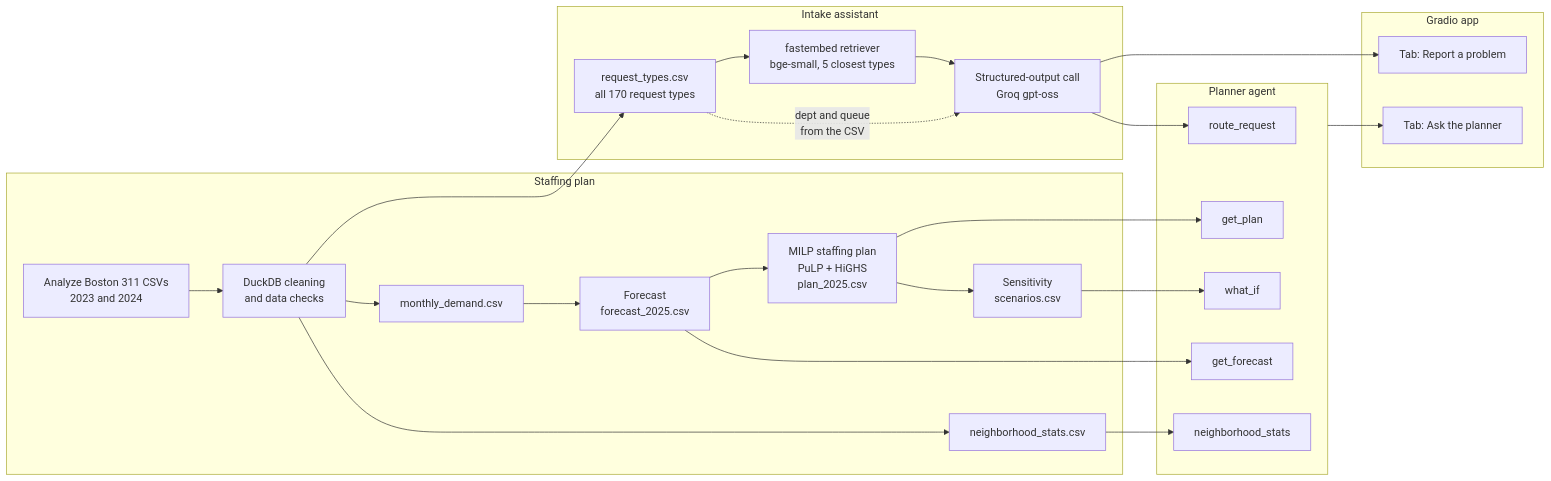
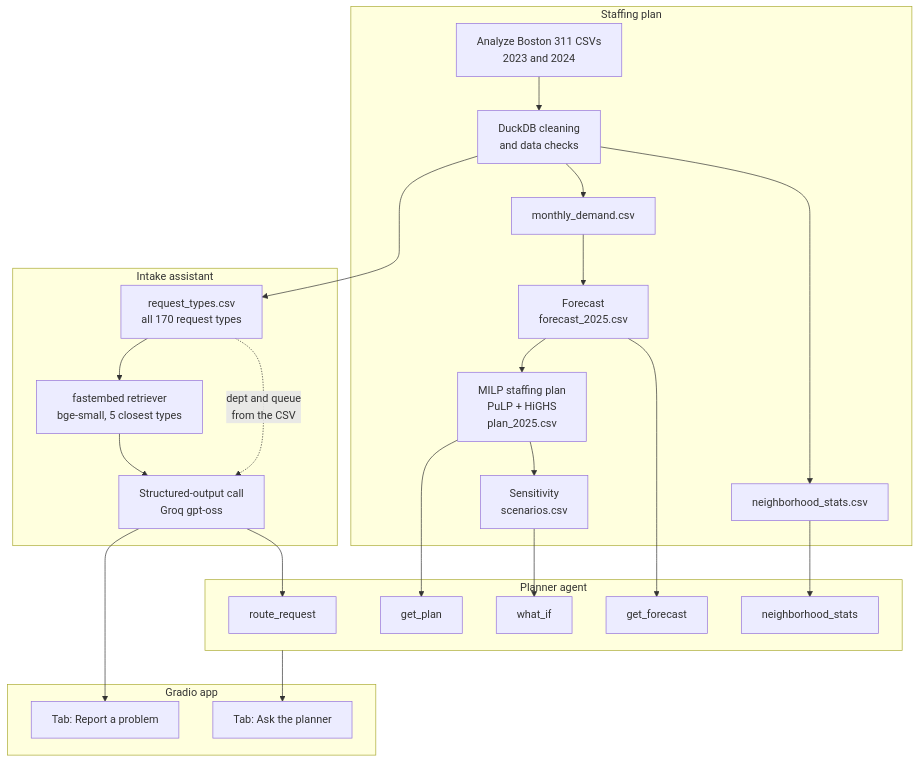
One commit to nishanth3112/Bos311-Crew-Planner changed the diagram in README.md. Above: the diagram before and after it, drawn with Mermaid. The commit also changed other lines of this file, not shown here.

````diff
--- a/README.md
+++ b/README.md
@@ -62,40 +62,40 @@
 ```mermaid
-flowchart LR
+flowchart TB
     subgraph plan["Staffing plan"]
         A["Analyze Boston 311 CSVs<br/>2023 and 2024"] --> B["DuckDB cleaning<br/>and data checks"]
         B --> C["monthly_demand.csv"]
         C --> D["Forecast<br/>forecast_2025.csv"]
         D --> E["MILP staffing plan<br/>PuLP + HiGHS<br/>plan_2025.csv"]
         E --> F["Sensitivity<br/>scenarios.csv"]
         B --> N["neighborhood_stats.csv"]
     end
 
     subgraph intake["Intake assistant"]
         B --> RT["request_types.csv<br/>all 170 request types"]
         RT --> R["fastembed retriever<br/>bge-small, 5 closest types"]
         R --> I["Structured-output call<br/>Groq gpt-oss"]
         RT -. "dept and queue<br/>from the CSV" .-> I
     end
 
     subgraph agent["Planner agent"]
         T1["route_request"]
         T2["get_plan"]
         T3["what_if"]
         T4["get_forecast"]
         T5["neighborhood_stats"]
     end
 
     I --> T1
     E --> T2
     F --> T3
     D --> T4
     N --> T5
 
     subgraph app["Gradio app"]
         G1["Tab: Report a problem"]
         G2["Tab: Ask the planner"]
     end
 
     I --> G1
     agent --> G2
 ```
````
